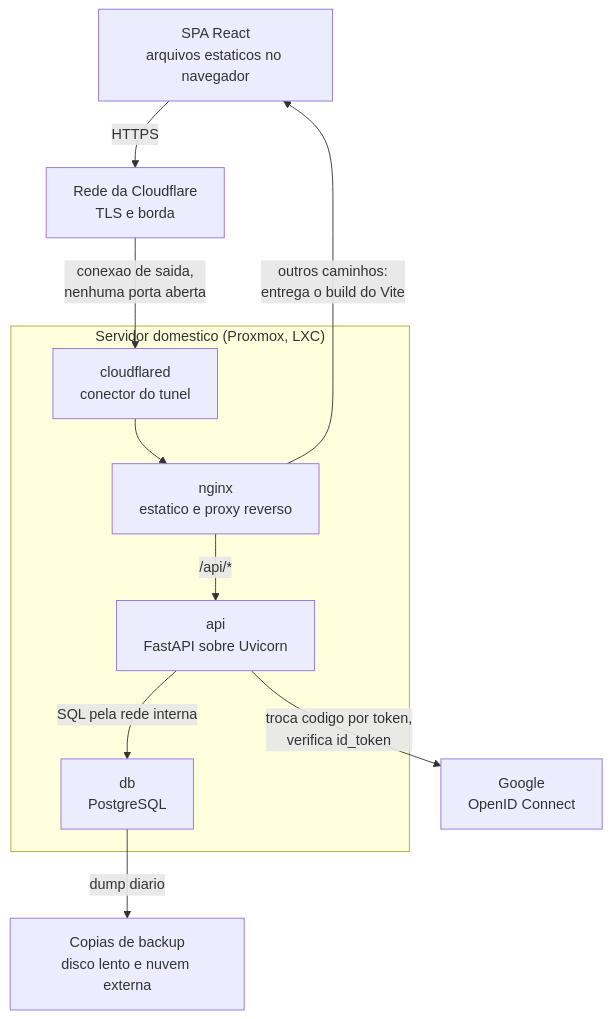
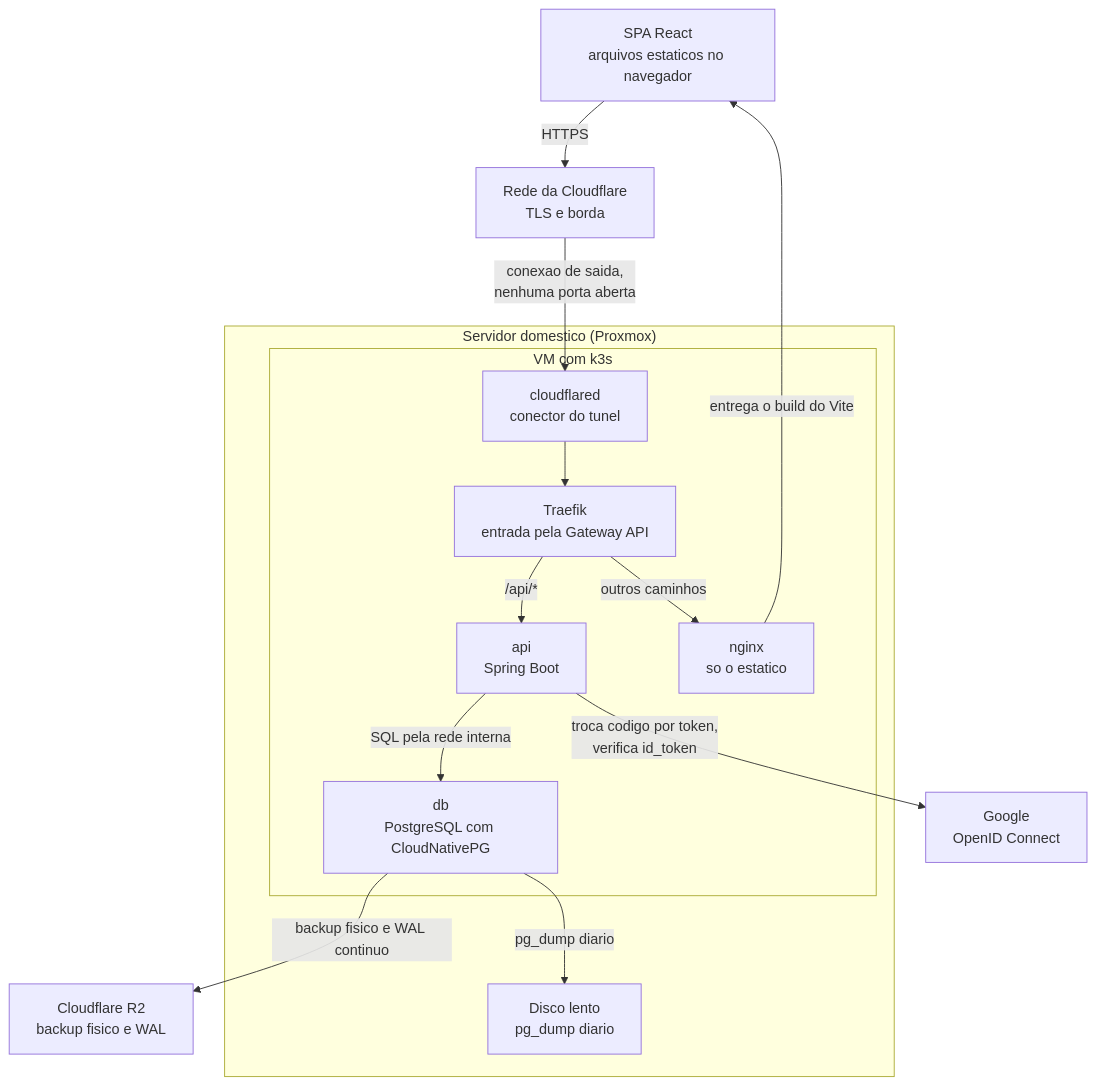
One commit to cainavieira/Mbarete changed the second of 2 diagrams in especificacao/arquitetura.md. Above: the diagram before and after it, drawn with Mermaid. The commit also changed other lines of this file, not shown here.

First line of the commit message:
docs(arquitetura): redesenha para Spring e k3s

````diff
--- a/especificacao/arquitetura.md
+++ b/especificacao/arquitetura.md
@@ -33,23 +33,29 @@
 ```mermaid
 flowchart TB
     SPA["SPA React<br/>arquivos estaticos no navegador"]
     CFE["Rede da Cloudflare<br/>TLS e borda"]
     G["Google<br/>OpenID Connect"]
-    BK["Copias de backup<br/>disco lento e nuvem externa"]
+    R2["Cloudflare R2<br/>backup fisico e WAL"]
 
-    subgraph host["Servidor domestico (Proxmox, LXC)"]
-        CF["cloudflared<br/>conector do tunel"]
-        NG["nginx<br/>estatico e proxy reverso"]
-        API["api<br/>FastAPI sobre Uvicorn"]
-        DB["db<br/>PostgreSQL"]
+    subgraph host["Servidor domestico (Proxmox)"]
+        LENTO["Disco lento<br/>pg_dump diario"]
+        subgraph vm["VM com k3s"]
+            CF["cloudflared<br/>conector do tunel"]
+            TR["Traefik<br/>entrada pela Gateway API"]
+            NG["nginx<br/>so o estatico"]
+            API["api<br/>Spring Boot"]
+            DB["db<br/>PostgreSQL com CloudNativePG"]
+        end
     end
 
     SPA -->|"HTTPS"| CFE
     CFE -->|"conexao de saida,<br/>nenhuma porta aberta"| CF
-    CF --> NG
-    NG -->|"/api/*"| API
-    NG -->|"outros caminhos:<br/>entrega o build do Vite"| SPA
+    CF --> TR
+    TR -->|"/api/*"| API
+    TR -->|"outros caminhos"| NG
+    NG -->|"entrega o build do Vite"| SPA
     API -->|"SQL pela rede interna"| DB
     API -->|"troca codigo por token,<br/>verifica id_token"| G
-    DB -->|"dump diario"| BK
+    DB -->|"backup fisico e WAL continuo"| R2
+    DB -->|"pg_dump diario"| LENTO
 ```
````
